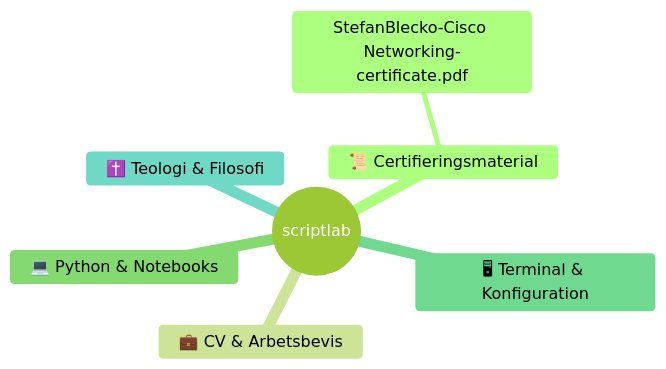
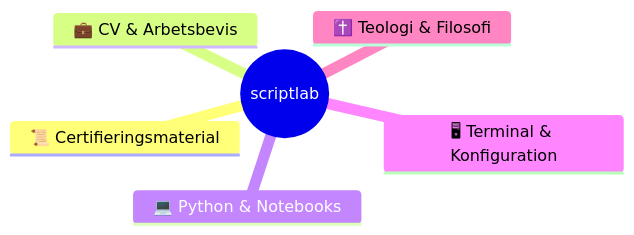
One commit to steble70/scriptlab changed the diagram in README.md. Above: the diagram before and after it, drawn with Mermaid.

Commit message:
Change mermaid theme to default and modify content
Updated the theme in the mermaid diagram and removed a PDF reference.

````diff
--- a/README.md
+++ b/README.md
@@ -1,11 +1,10 @@
 ```mermaid
-%%{init: {'theme': 'forest'}}%%
+%%{init: {'theme': 'default'}}%%
 mindmap
   root((scriptlab))
     📜 Certifieringsmaterial
-      StefanBlecko-Cisco Networking-certificate.pdf
     💼 CV & Arbetsbevis
     💻 Python & Notebooks
     🖥 Terminal & Konfiguration
     ✝️ Teologi & Filosofi
 ```
````
